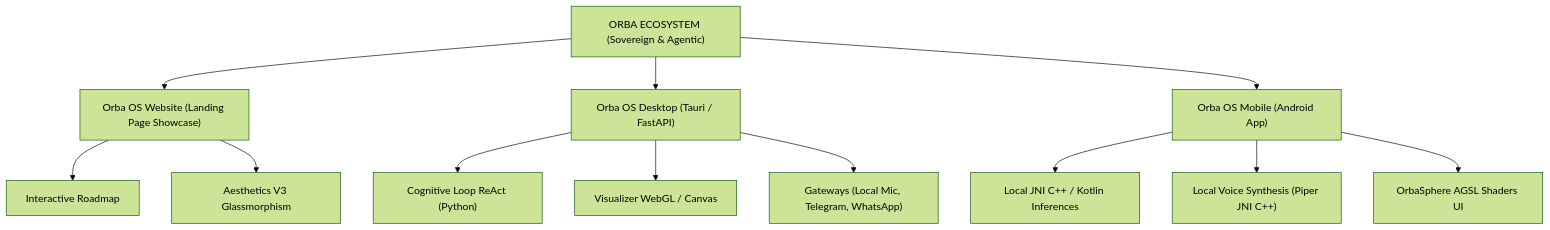
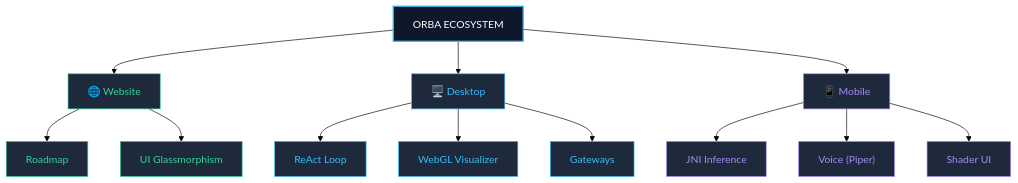
The second of 2 diagrams in README.md (AlexKoncept/ORBA_OS), drawn with Mermaid (forest theme) before and after one commit. The commit also changed other lines of this file, not shown here.

````diff
--- a/README.md
+++ b/README.md
@@ -174,17 +214,59 @@
 ```mermaid
 graph TD
-    A["ORBA ECOSYSTEM (Sovereign & Agentic)"] --> B["Orba OS Website (Landing Page Showcase)"]
-    A --> C["Orba OS Desktop (Tauri / FastAPI)"]
-    A --> D["Orba OS Mobile (Android App)"]
 
-    D --> D1["Local JNI C++ / Kotlin Inferences"]
-    D --> D2["Local Voice Synthesis (Piper JNI C++)"]
-    D --> D3["OrbaSphere AGSL Shaders UI"]
+%% === CORE ===
+A["ORBA ECOSYSTEM"]
 
-    C --> C1["Cognitive Loop ReAct (Python)"]
-    C --> C2["Visualizer WebGL / Canvas"]
-    C --> C3["Gateways (Local Mic, Telegram, WhatsApp)"]
+%% === MAIN MODULES ===
+D["🌐 Website"]
+C["🖥️ Desktop"]
+B["📱 Mobile"]
 
-    B --> B1["Interactive Roadmap"]
-    B --> B2["Aesthetics V3 Glassmorphism"]
+%% === MOBILE ===
+B1["JNI Inference"]
+B2["Voice (Piper)"]
+B3["Shader UI"]
+
+%% === DESKTOP ===
+C1["ReAct Loop"]
+C2["WebGL Visualizer"]
+C3["Gateways"]
+
+%% === WEBSITE ===
+D1["Roadmap"]
+D2["UI Glassmorphism"]
+
+%% === LINKS ===
+A --> D
+A --> C
+A --> B
+
+D --> D1
+D --> D2
+
+C --> C1
+C --> C2
+C --> C3
+
+B --> B1
+B --> B2
+B --> B3
+
+%% === STYLES ===
+classDef core fill:#0f172a,color:#ffffff,stroke:#38bdf8,stroke-width:2px;
+
+classDef web fill:#1e293b,color:#34d399,stroke:#34d399;
+
+classDef desktop fill:#1e293b,color:#38bdf8,stroke:#38bdf8;
+
+classDef mobile fill:#1e293b,color:#a78bfa,stroke:#a78bfa;
+
+classDef sub fill:#020617,color:#e2e8f0,stroke:#475569;
+
+%% === CLASSES ===
+class A core;
+
+class D,D1,D2 web;
+class C,C1,C2,C3 desktop;
+class B,B1,B2,B3 mobile;
 ```
````
